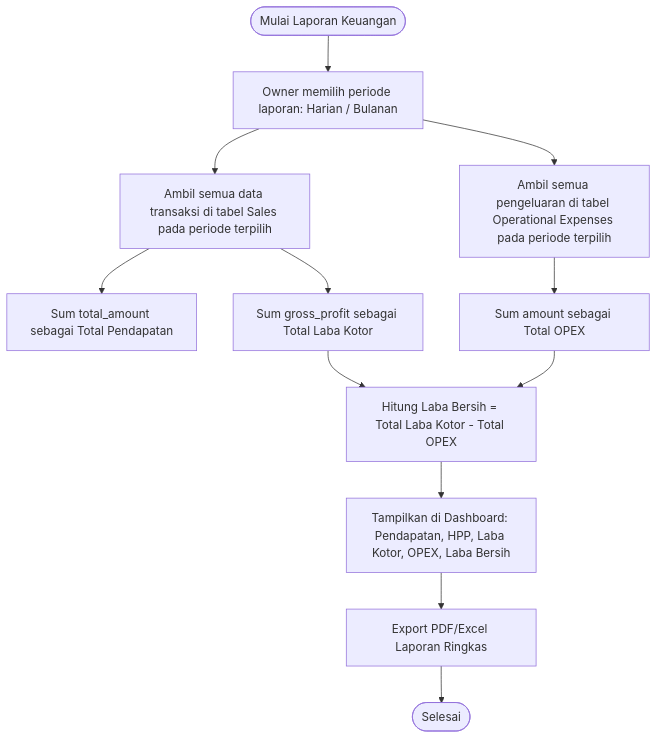
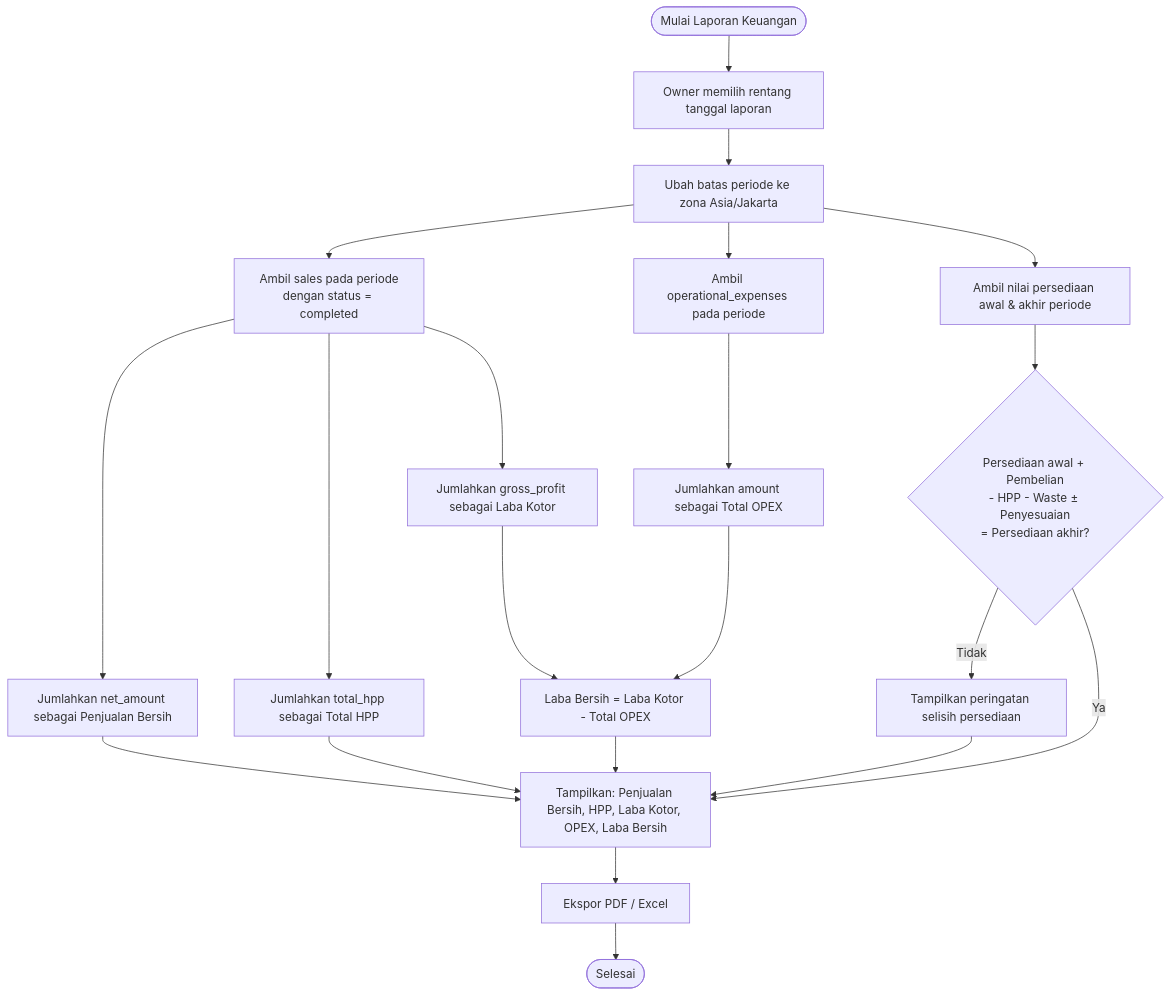
The fifth of 6 diagrams in README.md (fahmibastari/pos-merbaoe), drawn with Mermaid before and after one commit. The commit also changed other lines of this file, not shown here.

````diff
--- a/README.md
+++ b/README.md
@@ -648,17 +1329,28 @@
 ```mermaid
 flowchart TD
-    Start([Mulai Laporan Keuangan]) --> SelectPeriod[Owner memilih periode laporan: Harian / Bulanan]
-    SelectPeriod --> FetchSales[Ambil semua data transaksi di tabel Sales pada periode terpilih]
-    FetchSales --> SumRevenue[Sum total_amount sebagai Total Pendapatan]
-    FetchSales --> SumGross[Sum gross_profit sebagai Total Laba Kotor]
-    
-    SelectPeriod --> FetchExpenses[Ambil semua pengeluaran di tabel Operational Expenses pada periode terpilih]
-    FetchExpenses --> SumExpenses[Sum amount sebagai Total OPEX]
-    
-    SumGross --> CalcNetProfit[Hitung Laba Bersih = Total Laba Kotor - Total OPEX]
-    SumExpenses --> CalcNetProfit
-    
-    CalcNetProfit --> ShowDashboard[Tampilkan di Dashboard: Pendapatan, HPP, Laba Kotor, OPEX, Laba Bersih]
-    ShowDashboard --> GenerateReport[Export PDF/Excel Laporan Ringkas]
-    GenerateReport --> End([Selesai])
+    Start([Mulai Laporan Keuangan]) --> SelectPeriod[Owner memilih rentang tanggal laporan]
+    SelectPeriod --> Normalize[Ubah batas periode ke zona Asia/Jakarta]
+
+    Normalize --> FetchSales["Ambil sales pada periode<br/>dengan status = completed"]
+    FetchSales --> SumRevenue[Jumlahkan net_amount sebagai Penjualan Bersih]
+    FetchSales --> SumHpp[Jumlahkan total_hpp sebagai Total HPP]
+    FetchSales --> SumGross[Jumlahkan gross_profit sebagai Laba Kotor]
+
+    Normalize --> FetchExpenses[Ambil operational_expenses pada periode]
+    FetchExpenses --> SumExpenses[Jumlahkan amount sebagai Total OPEX]
+
+    SumGross --> CalcNet["Laba Bersih = Laba Kotor - Total OPEX"]
+    SumExpenses --> CalcNet
+
+    Normalize --> FetchInv[Ambil nilai persediaan awal & akhir periode]
+    FetchInv --> Reconcile{"Persediaan awal + Pembelian<br/>- HPP - Waste ± Penyesuaian<br/>= Persediaan akhir?"}
+    Reconcile -- Tidak --> Warn[Tampilkan peringatan selisih persediaan]
+    Reconcile -- Ya --> Show
+    Warn --> Show
+
+    CalcNet --> Show[Tampilkan: Penjualan Bersih, HPP, Laba Kotor, OPEX, Laba Bersih]
+    SumRevenue --> Show
+    SumHpp --> Show
+    Show --> Export[Ekspor PDF / Excel]
+    Export --> End([Selesai])
 ```
````
